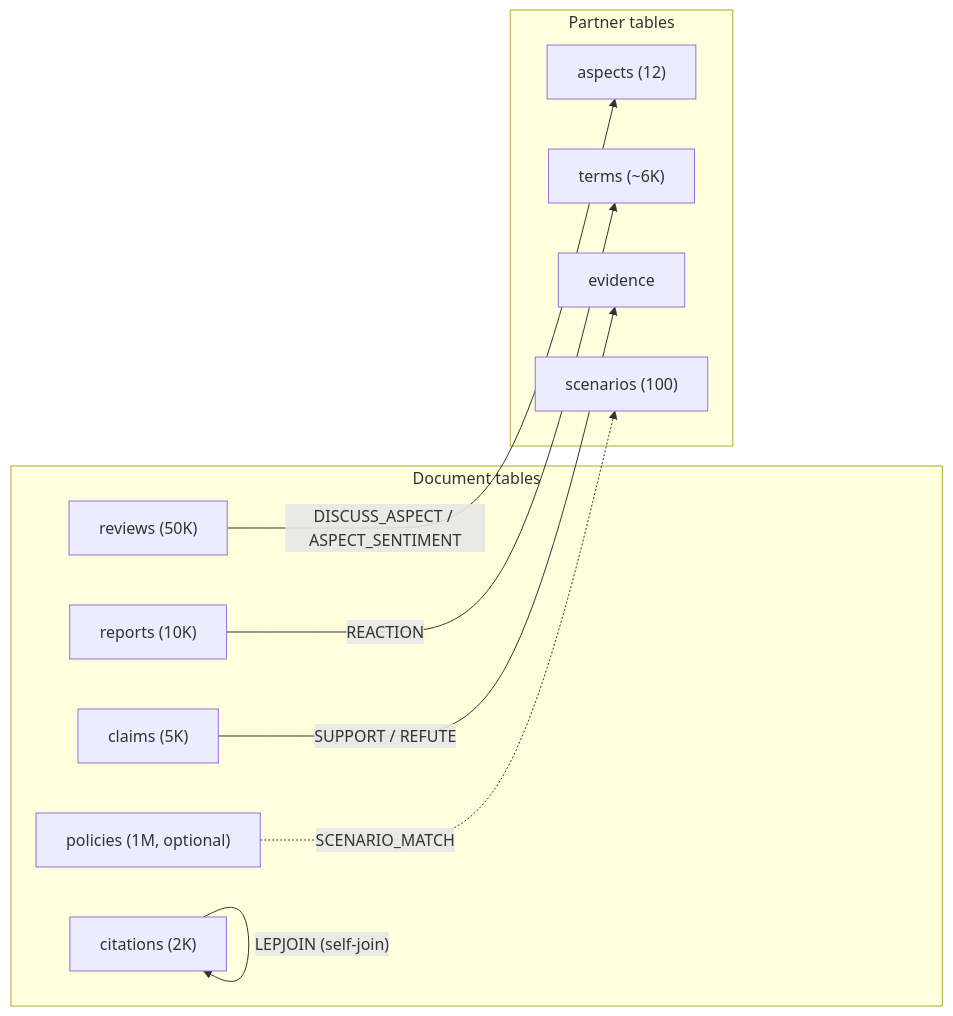
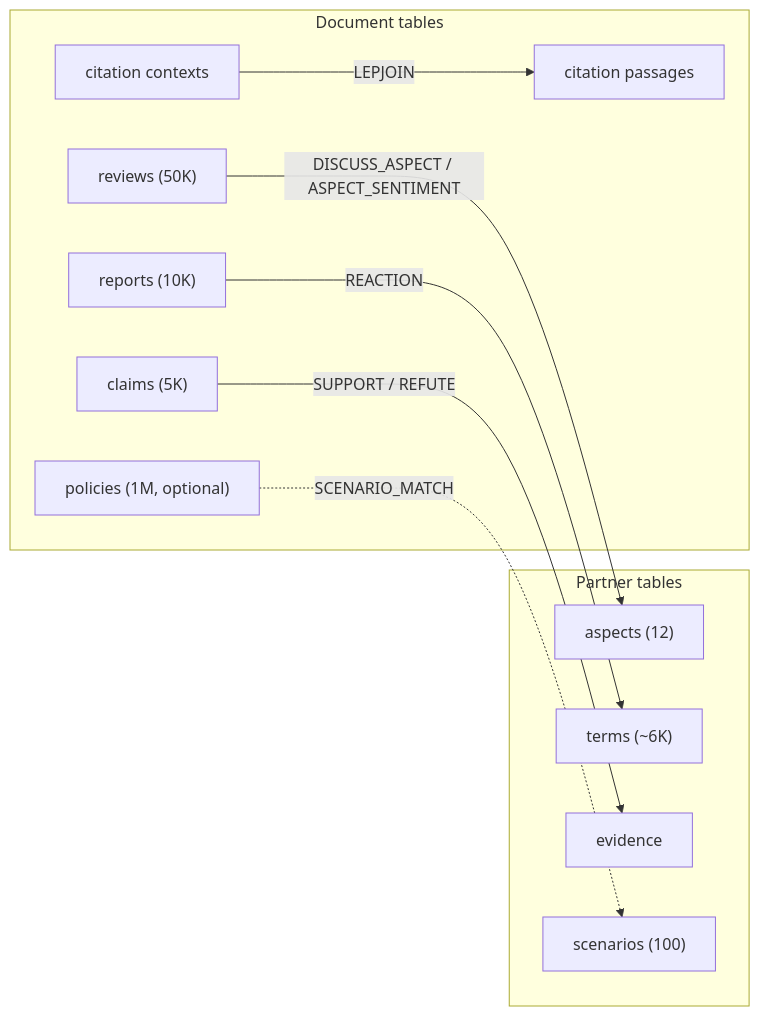
Before and after one commit to fsdatalab/quail: the diagram in reports/engine-wiki.md, drawn with Mermaid. The commit also changed other lines of this file and 19 other files, not shown here.

````diff
--- a/reports/engine-wiki.md
+++ b/reports/engine-wiki.md
@@ -1155,21 +1163,22 @@
 ```mermaid
 graph LR
     subgraph Document tables
         reviews["reviews (50K)"]
         reports["reports (10K)"]
         claims["claims (5K)"]
-        citations["citations (2K)"]
+        citation_contexts["citation contexts"]
+        citation_passages["citation passages"]
         policies["policies (1M, optional)"]
     end
     subgraph Partner tables
         aspects["aspects (12)"]
         terms["terms (~6K)"]
         evidence["evidence"]
         scenarios["scenarios (100)"]
     end
     reviews -- "DISCUSS_ASPECT / ASPECT_SENTIMENT" --> aspects
     reports -- "REACTION" --> terms
     claims -- "SUPPORT / REFUTE" --> evidence
-    citations -- "LEPJOIN (self-join)" --> citations
+    citation_contexts -- "LEPJOIN" --> citation_passages
     policies -. "SCENARIO_MATCH" .-> scenarios
 ```
````
